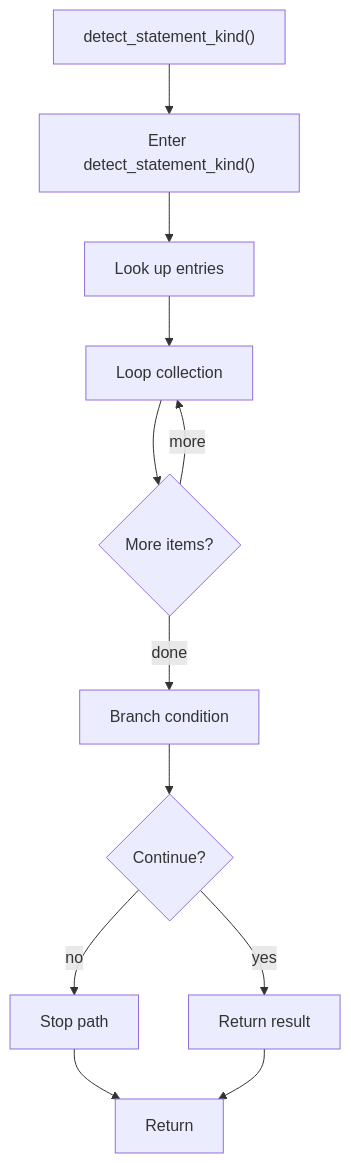
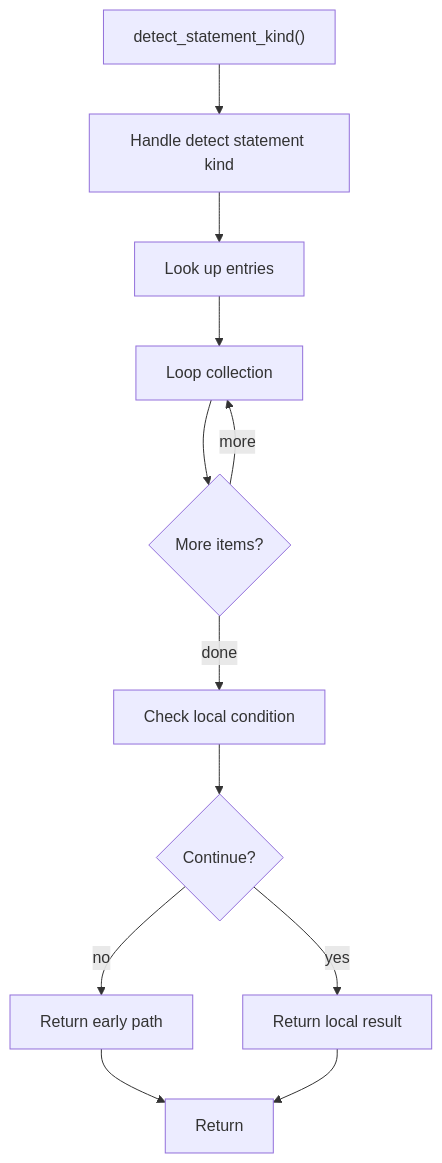
Before and after one commit to JohnAndrewBalbarosa/NeoTerritory: the diagram in docs/Codebase/Microservice/Modules/Source/Trees/ClassGeneration/Actual/Internal/Statement/Flow/functions/detect_statement_kind.cpp.md, drawn with Mermaid. The commit also changed other lines of this file and 915 other files, not shown here.

````diff
--- a/docs/Codebase/Microservice/Modules/Source/Trees/ClassGeneration/Actual/Internal/Statement/Flow/functions/detect_statement_kind.cpp.md
+++ b/docs/Codebase/Microservice/Modules/Source/Trees/ClassGeneration/Actual/Internal/Statement/Flow/functions/detect_statement_kind.cpp.md
@@ -19,24 +19,24 @@
 ```mermaid
 flowchart TD
     Start["detect_statement_kind()"]
-    N0["Enter detect_statement_kind()"]
+    N0["Handle detect statement kind"]
     N1["Look up entries"]
     N2["Loop collection"]
     L2{"More items?"}
-    N3["Branch condition"]
+    N3["Check local condition"]
     D3{"Continue?"}
-    R3["Stop path"]
-    N4["Return result"]
+    R3["Return early path"]
+    N4["Return local result"]
     End["Return"]
     Start --> N0
     N0 --> N1
     N1 --> N2
     N2 --> L2
     L2 -->|more| N2
     L2 -->|done| N3
     N3 --> D3
     D3 -->|yes| N4
     D3 -->|no| R3
     R3 --> End
     N4 --> End
 ```
````
